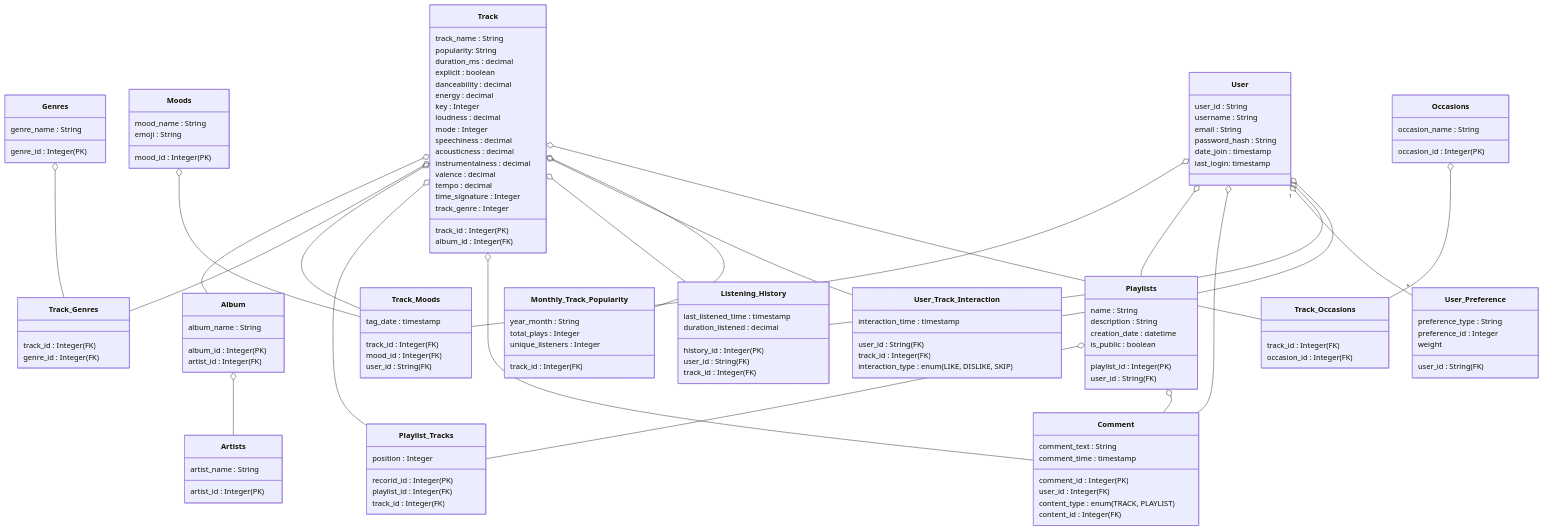
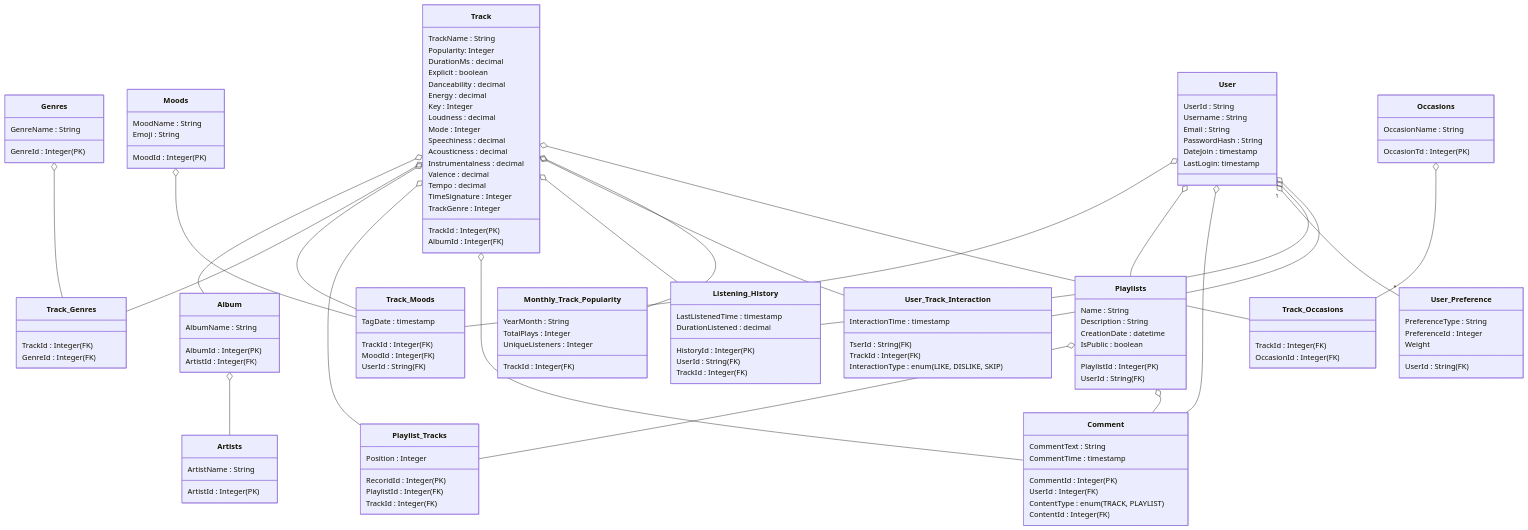
The diagram in README.md (olvmky/musicRecommendation), drawn with Mermaid before and after one commit.

Commit message:
Update README.md
UPDATED UML

````diff
--- a/README.md
+++ b/README.md
@@ -35,116 +35,117 @@
 
     
     class Track{
-        track_id : Integer (PK)
-        track_name : String
-        album_id : Integer (FK)
-        popularity: String
-        duration_ms : decimal
-        explicit : boolean
-        danceability : decimal
-        energy : decimal
-        key : Integer
-        loudness : decimal
-        mode : Integer
-        speechiness : decimal
-        acousticness : decimal
-        instrumentalness : decimal
-        valence : decimal
-        tempo : decimal
-        time_signature : Integer
-        track_genre : Integer
+        TrackId : Integer (PK)
+        TrackName : String
+        AlbumId : Integer (FK)
+        Popularity: Integer
+        DurationMs : decimal
+        Explicit : boolean
+        Danceability : decimal
+        Energy : decimal
+        Key : Integer
+        Loudness : decimal
+        Mode : Integer
+        Speechiness : decimal
+        Acousticness : decimal
+        Instrumentalness : decimal
+        Valence : decimal
+        Tempo : decimal
+        TimeSignature : Integer
+        TrackGenre : Integer
     }
     class Album{
-        album_id : Integer(PK)
-        album_name : String
-        artist_id : Integer (FK)
+        AlbumId : Integer(PK)
+        AlbumName : String
+        ArtistId : Integer (FK)
     }
     class Artists{
-        artist_id : Integer (PK)
-        artist_name : String
+        ArtistId : Integer (PK)
+        ArtistName : String
     }
     class User{
-        user_id : String
-        username : String
-        email : String
-        password_hash : String
-        date_join : timestamp
-        last_login: timestamp
+        UserId : String
+        Username : String
+        Email : String
+        PasswordHash : String
+        DateJoin : timestamp
+        LastLogin: timestamp
     }
     class Genres{
-        genre_id : Integer (PK)
-        genre_name : String
+        GenreId : Integer (PK)
+        GenreName : String
     }
     class Track_Genres{
-        track_id : Integer (FK)
-        genre_id : Integer (FK)
+        TrackId : Integer (FK)
+        GenreId : Integer (FK)
     }
     class Moods{
-        mood_id : Integer (PK)
-        mood_name : String
-        emoji : String
+        MoodId : Integer (PK)
+        MoodName : String
+        Emoji : String
     }
     class Track_Moods{
-        track_id : Integer (FK)
-        mood_id : Integer (FK)
-        user_id : String (FK)
-        tag_date : timestamp
+        TrackId : Integer (FK)
+        MoodId : Integer (FK)
+        UserId : String (FK)
+        TagDate : timestamp
     }
     class Playlists{
-        playlist_id : Integer(PK)
-        user_id : String (FK)
-        name : String
-        description : String
-        creation_date : datetime
-        is_public : boolean
+        PlaylistId : Integer(PK)
+        UserId : String (FK)
+        Name : String
+        Description : String
+        CreationDate : datetime
+        IsPublic : boolean
     }
     class Playlist_Tracks{
-        recorid_id : Integer(PK)
-        playlist_id : Integer(FK)
-        track_id : Integer (FK)
-        position : Integer
+        RecoridId : Integer(PK)
+        PlaylistId : Integer(FK)
+        TrackId : Integer (FK)
+        Position : Integer
     }
     class Comment{
-        comment_id : Integer (PK)
-        user_id : Integer (FK)
-        content_type : enum(TRACK, PLAYLIST)
-        content_id : Integer(FK)
-        comment_text : String
-        comment_time : timestamp
+        CommentId : Integer (PK)
+        UserId : Integer (FK)
+        ContentType : enum(TRACK, PLAYLIST)
+        ContentId : Integer(FK)
+        CommentText : String
+        CommentTime : timestamp
     }
     class User_Preference{
-        user_id : String (FK)
-        preference_type : String
-        preference_id : Integer
-        weight
+        UserId : String (FK)
+        PreferenceType : String
+        PreferenceId : Integer
+        Weight
     }
     class Listening_History{
-        history_id : Integer (PK)
-        user_id : String (FK)
-        track_id : Integer (FK)
-        last_listened_time : timestamp
-        duration_listened : decimal
+        HistoryId : Integer (PK)
+        UserId : String (FK)
+        TrackId : Integer (FK)
+        LastListenedTime : timestamp
+        DurationListened : decimal
     }
     class User_Track_Interaction{
-        user_id : String (FK)
-        track_id : Integer(FK)
-        interaction_type : enum(LIKE, DISLIKE, SKIP)
-        interaction_time : timestamp
+        TserId : String (FK)
+        TrackId : Integer(FK)
+        InteractionType : enum(LIKE, DISLIKE, SKIP)
+        InteractionTime : timestamp
     }
     class Monthly_Track_Popularity{
-        track_id : Integer (FK)
-        year_month : String
-        total_plays : Integer
-        unique_listeners : Integer
+        TrackId : Integer (FK)
+        YearMonth : String
+        TotalPlays : Integer
+        UniqueListeners : Integer
     }
     class Occasions{
-        occasion_id : Integer (PK)
-        occasion_name : String
+        OccasionTd : Integer (PK)
+        OccasionName : String
     }
     class Track_Occasions{
-        track_id : Integer (FK)
-        occasion_id : Integer (FK)
+        TrackId : Integer (FK)
+        OccasionId : Integer (FK)
     }
 
 
+
 ```
````
